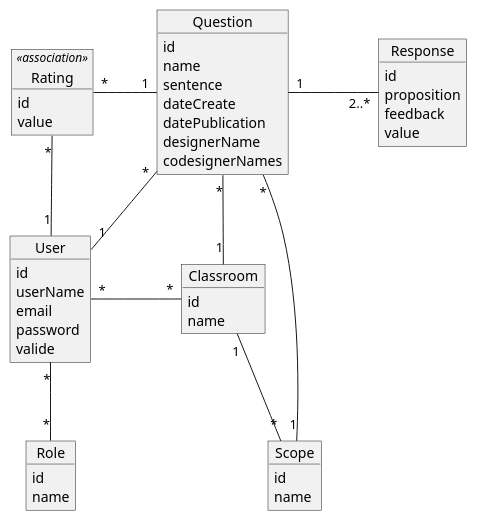
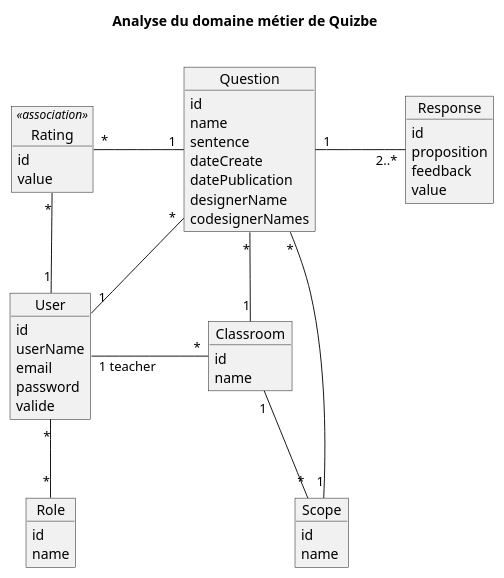
The diagram in docs/analyse.puml (ocapuozzo/quizbe), drawn with PlantUML before and after one commit. The commit also changed 18 other files, not shown here.

```diff
--- a/docs/analyse.puml
+++ b/docs/analyse.puml
@@ -1,58 +1,61 @@
 @startuml
 ' https://plantuml.com/fr/class-diagram
+title Analyse du domaine métier de Quizbe\n
+
 Object Scope {
 id
 name
 }
 
 Object Classroom {
 id
 name
 }
 
 Object Response {
 id
 proposition
 feedback
 value
 }
 
 Object Rating <<association>>{
 id
 value
 }
 
 Object Question{
 id
 name
 sentence
 dateCreate
 datePublication
 designerName
 codesignerNames
 }
 
 Object User{
 id
 userName
 email
 password
 valide
 }
 
 Object Role {
 id
 name
 }
 
+
 User "*" -- "*" Role:"\t\t\t\t"
-User "*" - "*" Classroom:"\t\t"
+User "1 teacher" - "*" Classroom:"\t\t\t"
 Question "1" - "2..*" Response:"\t\t"
 Question "*" -- "1" Scope
 Question "*" -- "1" Classroom
 Question "*" -- "1" User
-Rating "*" - "1" Question:"\t"
+Rating "*" - "1" Question:"\t\t"
 Rating "*" -- "1" User
 Classroom "1" -- "*" Scope
 
 @enduml
```
